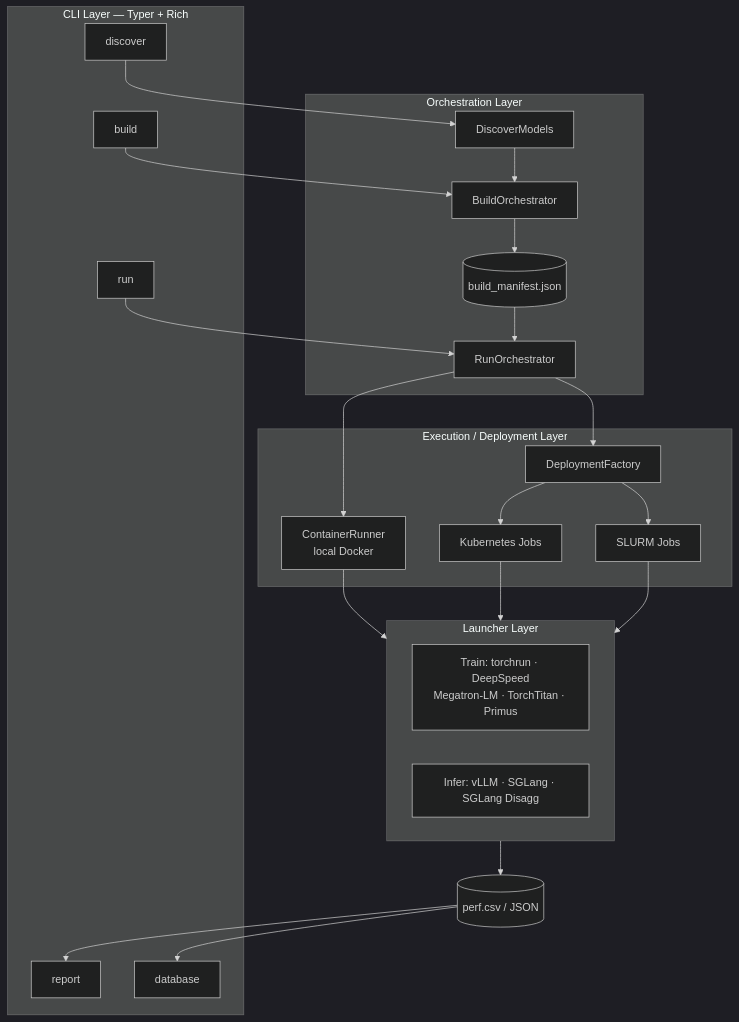
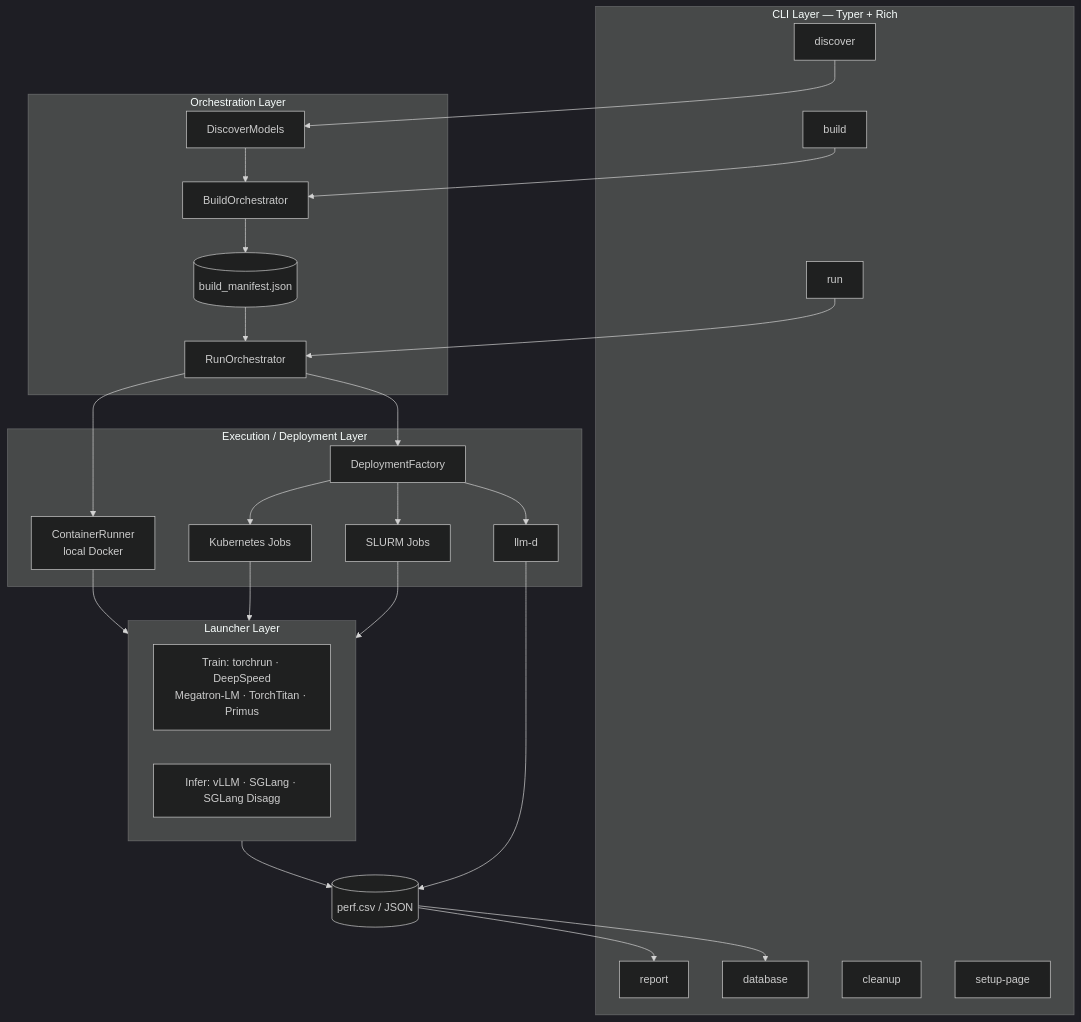
Before and after one commit to ROCm/madengine: the first of 3 diagrams in README.md, drawn with Mermaid (dark theme). The commit also changed other lines of this file and 6 other files, not shown here.

````diff
--- a/README.md
+++ b/README.md
@@ -57,47 +57,52 @@
 ```mermaid
 flowchart TB
     subgraph CLI["CLI Layer — Typer + Rich"]
         C1[discover]
         C2[build]
         C3[run]
         C4[report]
         C5[database]
+        C6[cleanup]
+        C7[setup-page]
     end
 
     subgraph ORC["Orchestration Layer"]
         O1[DiscoverModels]
         O2[BuildOrchestrator]
         O3[RunOrchestrator]
         MAN[(build_manifest.json)]
     end
 
     subgraph EXEC["Execution / Deployment Layer"]
         E1[ContainerRunner<br/>local Docker]
         E2[DeploymentFactory]
         K8S[Kubernetes Jobs]
         SLURM[SLURM Jobs]
+        LLMD[llm-d]
     end
 
     subgraph LAUNCH["Launcher Layer"]
         T[Train: torchrun · DeepSpeed<br/>Megatron-LM · TorchTitan · Primus]
         I[Infer: vLLM · SGLang · SGLang Disagg]
     end
 
     OUT[(perf.csv / JSON)]
 
     C1 --> O1
     C2 --> O2
     C3 --> O3
     O2 --> MAN --> O3
     O1 --> O2
     O3 --> E1
     O3 --> E2
     E2 --> K8S
     E2 --> SLURM
+    E2 --> LLMD
+    LLMD --> OUT
     E1 --> LAUNCH
     K8S --> LAUNCH
     SLURM --> LAUNCH
     LAUNCH --> OUT
     OUT --> C4
     OUT --> C5
 ```
````
